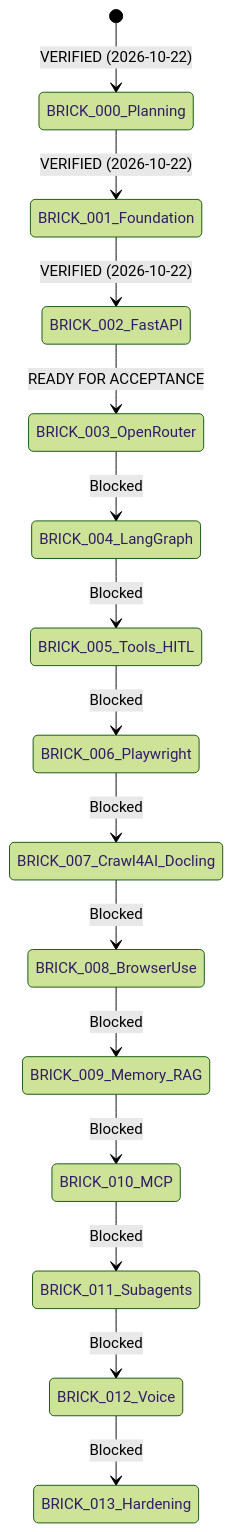
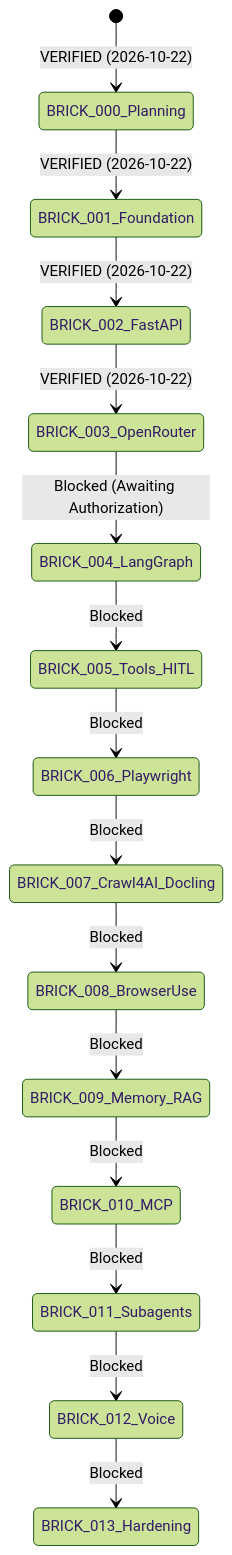
Before and after one commit to Aryramy/javed: the diagram in docs/PROGRESS.md, drawn with Mermaid (forest theme). The commit also changed other lines of this file and 4 other files, not shown here.

Commit message:
docs(brick-003): record formal project owner acceptance and verification

````diff
--- a/docs/PROGRESS.md
+++ b/docs/PROGRESS.md
@@ -27,17 +27,17 @@
 ```mermaid
 stateDiagram-v2
     [*] --> BRICK_000_Planning: VERIFIED (2026-10-22)
     BRICK_000_Planning --> BRICK_001_Foundation: VERIFIED (2026-10-22)
     BRICK_001_Foundation --> BRICK_002_FastAPI: VERIFIED (2026-10-22)
-    BRICK_002_FastAPI --> BRICK_003_OpenRouter: READY FOR ACCEPTANCE
-    BRICK_003_OpenRouter --> BRICK_004_LangGraph: Blocked
+    BRICK_002_FastAPI --> BRICK_003_OpenRouter: VERIFIED (2026-10-22)
+    BRICK_003_OpenRouter --> BRICK_004_LangGraph: Blocked (Awaiting Authorization)
     BRICK_004_LangGraph --> BRICK_005_Tools_HITL: Blocked
     BRICK_005_Tools_HITL --> BRICK_006_Playwright: Blocked
     BRICK_006_Playwright --> BRICK_007_Crawl4AI_Docling: Blocked
     BRICK_007_Crawl4AI_Docling --> BRICK_008_BrowserUse: Blocked
     BRICK_008_BrowserUse --> BRICK_009_Memory_RAG: Blocked
     BRICK_009_Memory_RAG --> BRICK_010_MCP: Blocked
     BRICK_010_MCP --> BRICK_011_Subagents: Blocked
     BRICK_011_Subagents --> BRICK_012_Voice: Blocked
     BRICK_012_Voice --> BRICK_013_Hardening: Blocked
 ```
````
